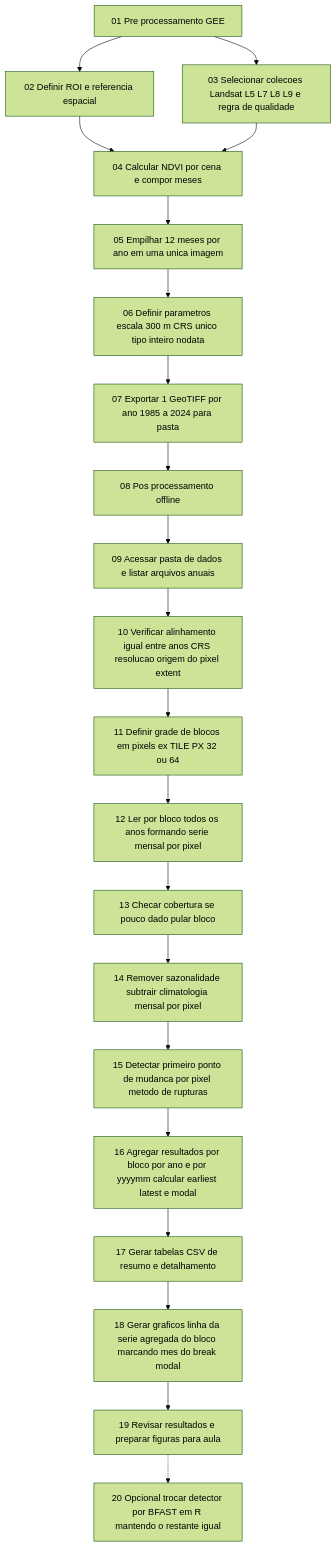
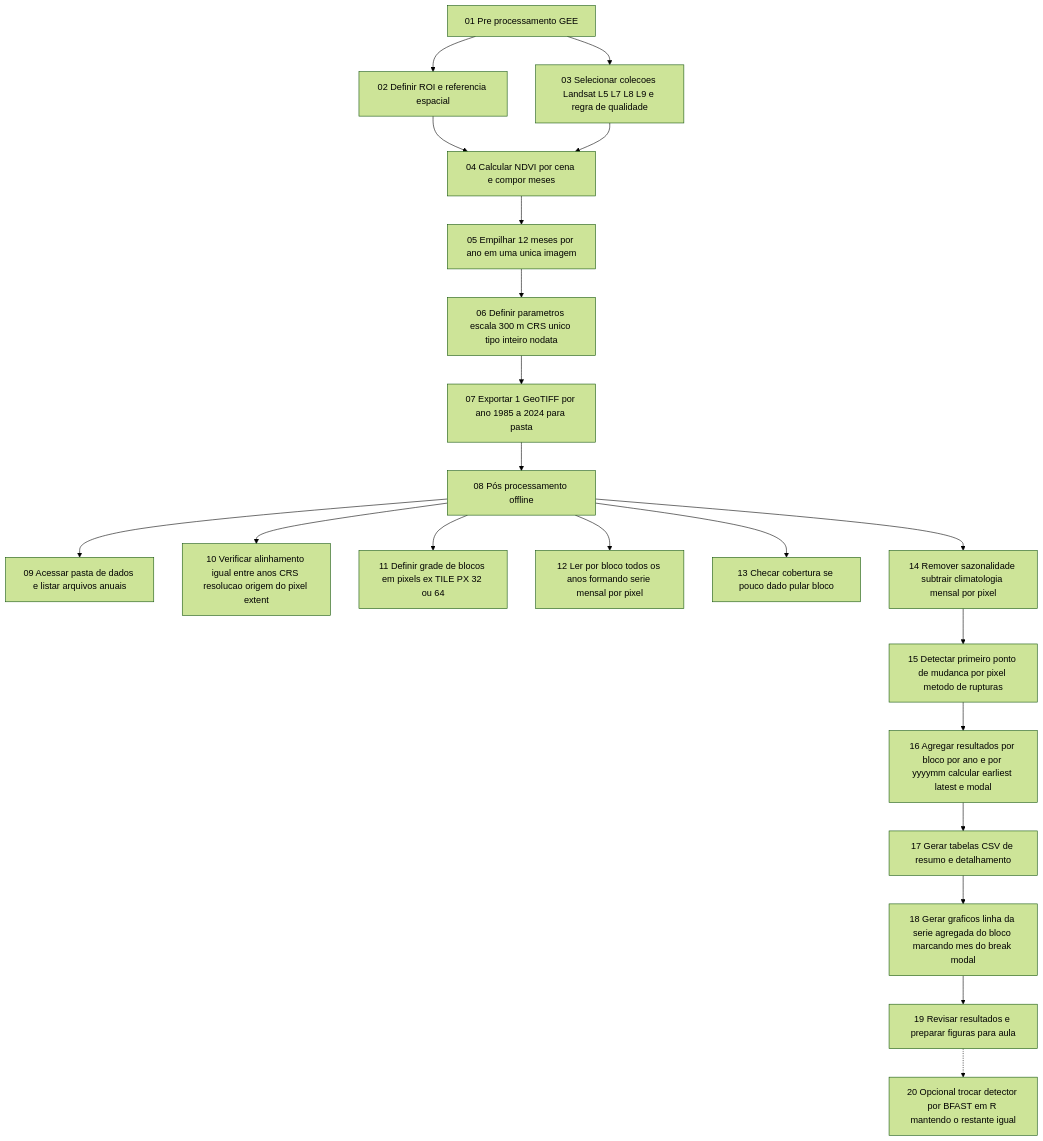
Before and after one commit to CheilaBaiao/GEE_SR: the diagram in README.md, drawn with Mermaid (forest theme).

````diff
--- a/README.md
+++ b/README.md
@@ -1,24 +1,24 @@
 ```mermaid
 graph TD
   A00[01 Pre processamento GEE] --> A01[02 Definir ROI e referencia espacial]
   A00 --> A02[03 Selecionar colecoes Landsat L5 L7 L8 L9 e regra de qualidade]
   A01 --> A03[04 Calcular NDVI por cena e compor meses]
   A02 --> A03[04 Calcular NDVI por cena e compor meses]
   A03 --> A04[05 Empilhar 12 meses por ano em uma unica imagem]
   A04 --> A05[06 Definir parametros escala 300 m CRS unico tipo inteiro nodata]
   A05 --> A06[07 Exportar 1 GeoTIFF por ano 1985 a 2024 para pasta]
   A06 --> B00[08 Pos processamento offline]
 
-  B00[08 Pos processamento offline] --> B01[09 Acessar pasta de dados e listar arquivos anuais]
-  B01 --> B02[10 Verificar alinhamento igual entre anos CRS resolucao origem do pixel extent]
-  B02 --> B03[11 Definir grade de blocos em pixels ex TILE PX 32 ou 64]
-  B03 --> B04[12 Ler por bloco todos os anos formando serie mensal por pixel]
-  B04 --> B05[13 Checar cobertura se pouco dado pular bloco]
-  B05 --> B06[14 Remover sazonalidade subtrair climatologia mensal por pixel]
+  B00[08 Pós processamento offline] --> B01[09 Acessar pasta de dados e listar arquivos anuais]
+  B00[08 Pós processamento offline] --> B02[10 Verificar alinhamento igual entre anos CRS resolucao origem do pixel extent]
+  B00[08 Pós processamento offline] --> B03[11 Definir grade de blocos em pixels ex TILE PX 32 ou 64]
+  B00[08 Pós processamento offline] --> B04[12 Ler por bloco todos os anos formando serie mensal por pixel]
+  B00[08 Pós processamento offline] --> B05[13 Checar cobertura se pouco dado pular bloco]
+  B00[08 Pós processamento offline] --> B06[14 Remover sazonalidade subtrair climatologia mensal por pixel]
   B06 --> B07[15 Detectar primeiro ponto de mudanca por pixel metodo de rupturas]
   B07 --> B08[16 Agregar resultados por bloco por ano e por yyyymm calcular earliest latest e modal]
   B08 --> B09[17 Gerar tabelas CSV de resumo e detalhamento]
   B09 --> B10[18 Gerar graficos linha da serie agregada do bloco marcando mes do break modal]
   B10 --> B11[19 Revisar resultados e preparar figuras para aula]
   B11 -.-> C00[20 Opcional trocar detector por BFAST em R mantendo o restante igual]
 ```
````
